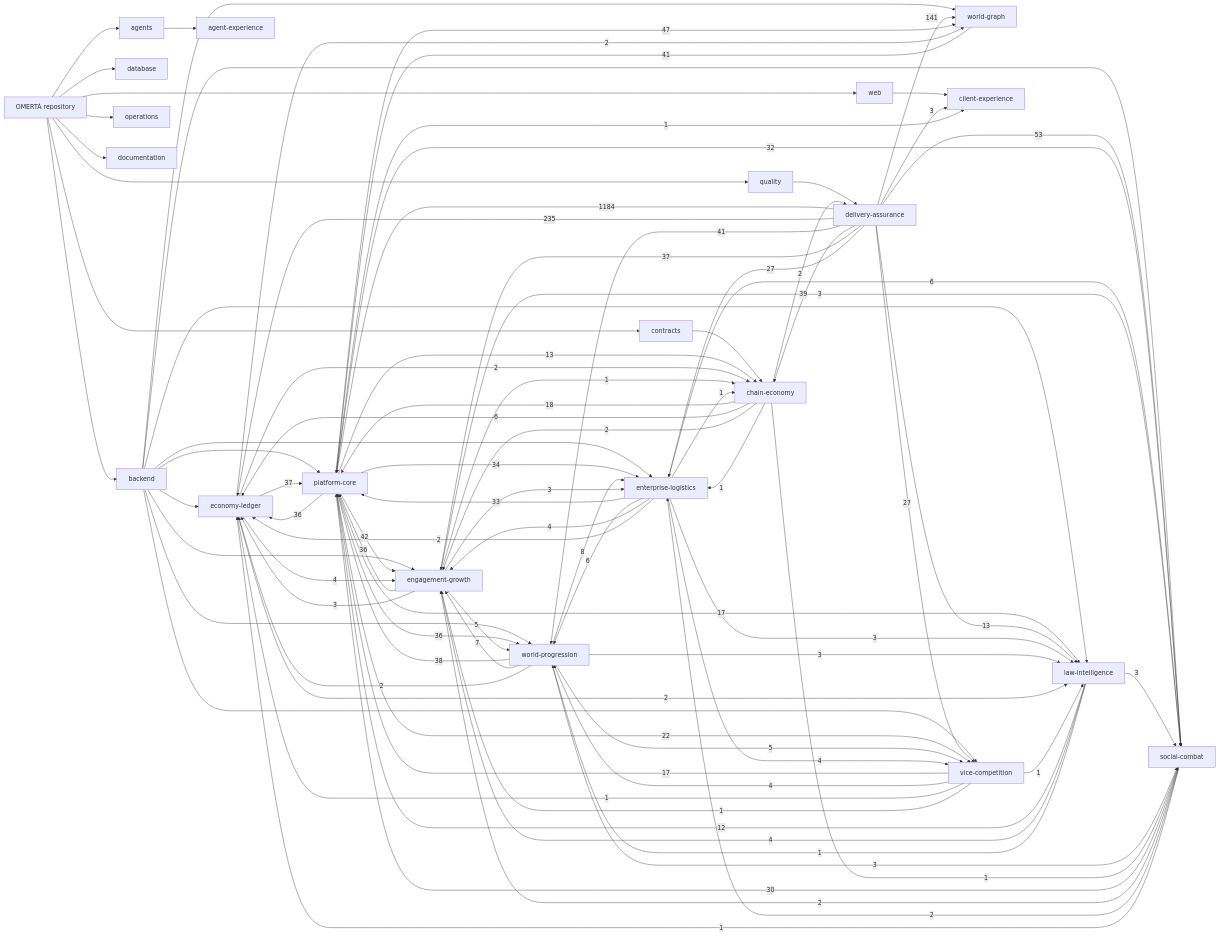
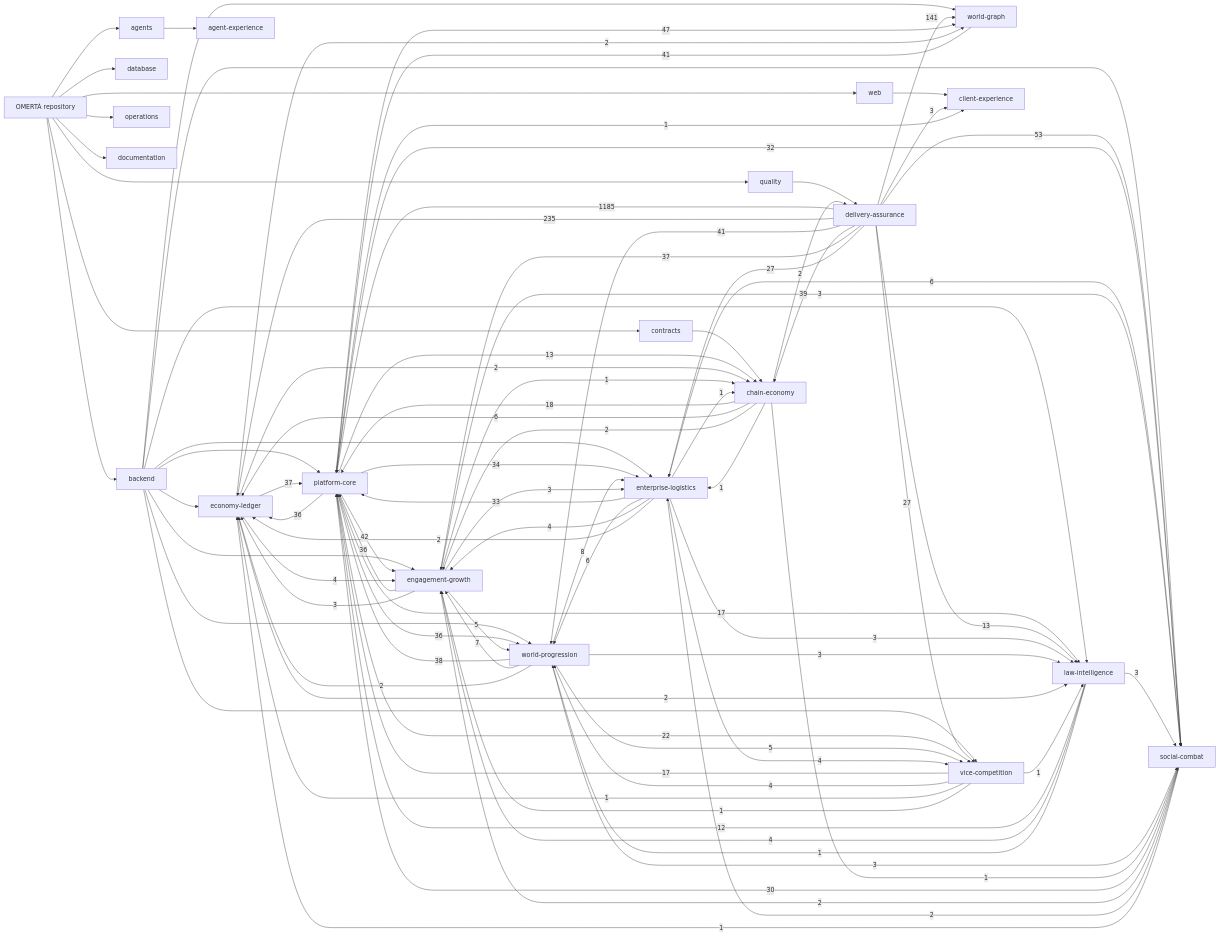
Before and after one commit to OmertaDev/Omerta: the diagram in knowledge/generated/graph.mmd, drawn with Mermaid. The commit also changed 7 other files, not shown here.

```diff
--- a/knowledge/generated/graph.mmd
+++ b/knowledge/generated/graph.mmd
@@ -1,111 +1,111 @@
 flowchart LR
   repo["OMERTÀ repository"]
   sub_backend["backend"]
   repo --> sub_backend
   sub_database["database"]
   repo --> sub_database
   sub_web["web"]
   repo --> sub_web
   sub_contracts["contracts"]
   repo --> sub_contracts
   sub_agents["agents"]
   repo --> sub_agents
   sub_quality["quality"]
   repo --> sub_quality
   sub_operations["operations"]
   repo --> sub_operations
   sub_documentation["documentation"]
   repo --> sub_documentation
   dom_platform-core["platform-core"]
   dom_economy-ledger["economy-ledger"]
   dom_social-combat["social-combat"]
   dom_world-progression["world-progression"]
   dom_world-graph["world-graph"]
   dom_enterprise-logistics["enterprise-logistics"]
   dom_vice-competition["vice-competition"]
   dom_law-intelligence["law-intelligence"]
   dom_chain-economy["chain-economy"]
   dom_engagement-growth["engagement-growth"]
   dom_client-experience["client-experience"]
   dom_agent-experience["agent-experience"]
   dom_delivery-assurance["delivery-assurance"]
   sub_agents --> dom_agent-experience
   sub_backend --> dom_economy-ledger
   sub_backend --> dom_engagement-growth
   sub_backend --> dom_enterprise-logistics
   sub_backend --> dom_law-intelligence
   sub_backend --> dom_platform-core
   sub_backend --> dom_social-combat
   sub_backend --> dom_vice-competition
   sub_backend --> dom_world-graph
   sub_backend --> dom_world-progression
   sub_contracts --> dom_chain-economy
   sub_quality --> dom_delivery-assurance
   sub_web --> dom_client-experience
-  dom_delivery-assurance -->|1184| dom_platform-core
+  dom_delivery-assurance -->|1185| dom_platform-core
   dom_delivery-assurance -->|235| dom_economy-ledger
   dom_delivery-assurance -->|141| dom_world-graph
   dom_delivery-assurance -->|53| dom_social-combat
   dom_platform-core -->|47| dom_world-graph
   dom_platform-core -->|42| dom_engagement-growth
   dom_delivery-assurance -->|41| dom_world-progression
   dom_world-graph -->|41| dom_platform-core
   dom_delivery-assurance -->|39| dom_chain-economy
   dom_world-progression -->|38| dom_platform-core
   dom_delivery-assurance -->|37| dom_engagement-growth
   dom_economy-ledger -->|37| dom_platform-core
   dom_engagement-growth -->|36| dom_platform-core
   dom_platform-core -->|36| dom_economy-ledger
   dom_platform-core -->|36| dom_world-progression
   dom_platform-core -->|34| dom_enterprise-logistics
   dom_enterprise-logistics -->|33| dom_platform-core
   dom_platform-core -->|32| dom_social-combat
   dom_social-combat -->|30| dom_platform-core
   dom_delivery-assurance -->|27| dom_enterprise-logistics
   dom_delivery-assurance -->|27| dom_vice-competition
   dom_platform-core -->|22| dom_vice-competition
   dom_chain-economy -->|18| dom_platform-core
   dom_platform-core -->|17| dom_law-intelligence
   dom_vice-competition -->|17| dom_platform-core
   dom_delivery-assurance -->|13| dom_law-intelligence
   dom_platform-core -->|13| dom_chain-economy
   dom_law-intelligence -->|12| dom_platform-core
   dom_world-progression -->|8| dom_enterprise-logistics
   dom_world-progression -->|7| dom_engagement-growth
   dom_chain-economy -->|6| dom_economy-ledger
   dom_enterprise-logistics -->|6| dom_social-combat
   dom_enterprise-logistics -->|6| dom_world-progression
   dom_engagement-growth -->|5| dom_world-progression
   dom_world-progression -->|5| dom_vice-competition
   dom_economy-ledger -->|4| dom_engagement-growth
   dom_enterprise-logistics -->|4| dom_engagement-growth
   dom_enterprise-logistics -->|4| dom_vice-competition
   dom_law-intelligence -->|4| dom_engagement-growth
   dom_vice-competition -->|4| dom_world-progression
   dom_delivery-assurance -->|3| dom_client-experience
   dom_engagement-growth -->|3| dom_economy-ledger
   dom_engagement-growth -->|3| dom_enterprise-logistics
   dom_engagement-growth -->|3| dom_social-combat
   dom_enterprise-logistics -->|3| dom_law-intelligence
   dom_law-intelligence -->|3| dom_social-combat
   dom_world-progression -->|3| dom_law-intelligence
   dom_world-progression -->|3| dom_social-combat
   dom_chain-economy -->|2| dom_delivery-assurance
   dom_chain-economy -->|2| dom_engagement-growth
   dom_economy-ledger -->|2| dom_chain-economy
   dom_economy-ledger -->|2| dom_law-intelligence
   dom_economy-ledger -->|2| dom_world-graph
   dom_enterprise-logistics -->|2| dom_economy-ledger
   dom_social-combat -->|2| dom_engagement-growth
   dom_social-combat -->|2| dom_enterprise-logistics
   dom_world-progression -->|2| dom_economy-ledger
   dom_chain-economy -->|1| dom_enterprise-logistics
   dom_chain-economy -->|1| dom_social-combat
   dom_engagement-growth -->|1| dom_chain-economy
   dom_enterprise-logistics -->|1| dom_chain-economy
   dom_law-intelligence -->|1| dom_world-progression
   dom_platform-core -->|1| dom_client-experience
   dom_social-combat -->|1| dom_economy-ledger
   dom_vice-competition -->|1| dom_economy-ledger
   dom_vice-competition -->|1| dom_engagement-growth
   dom_vice-competition -->|1| dom_law-intelligence
```
